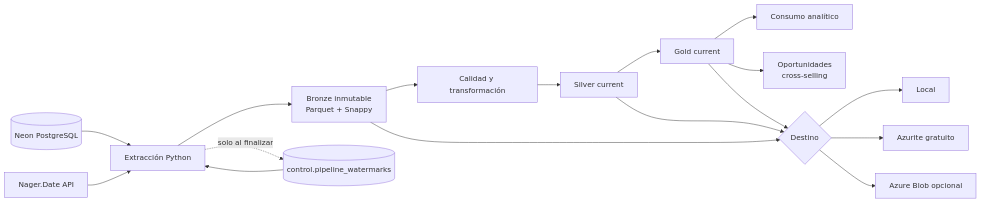
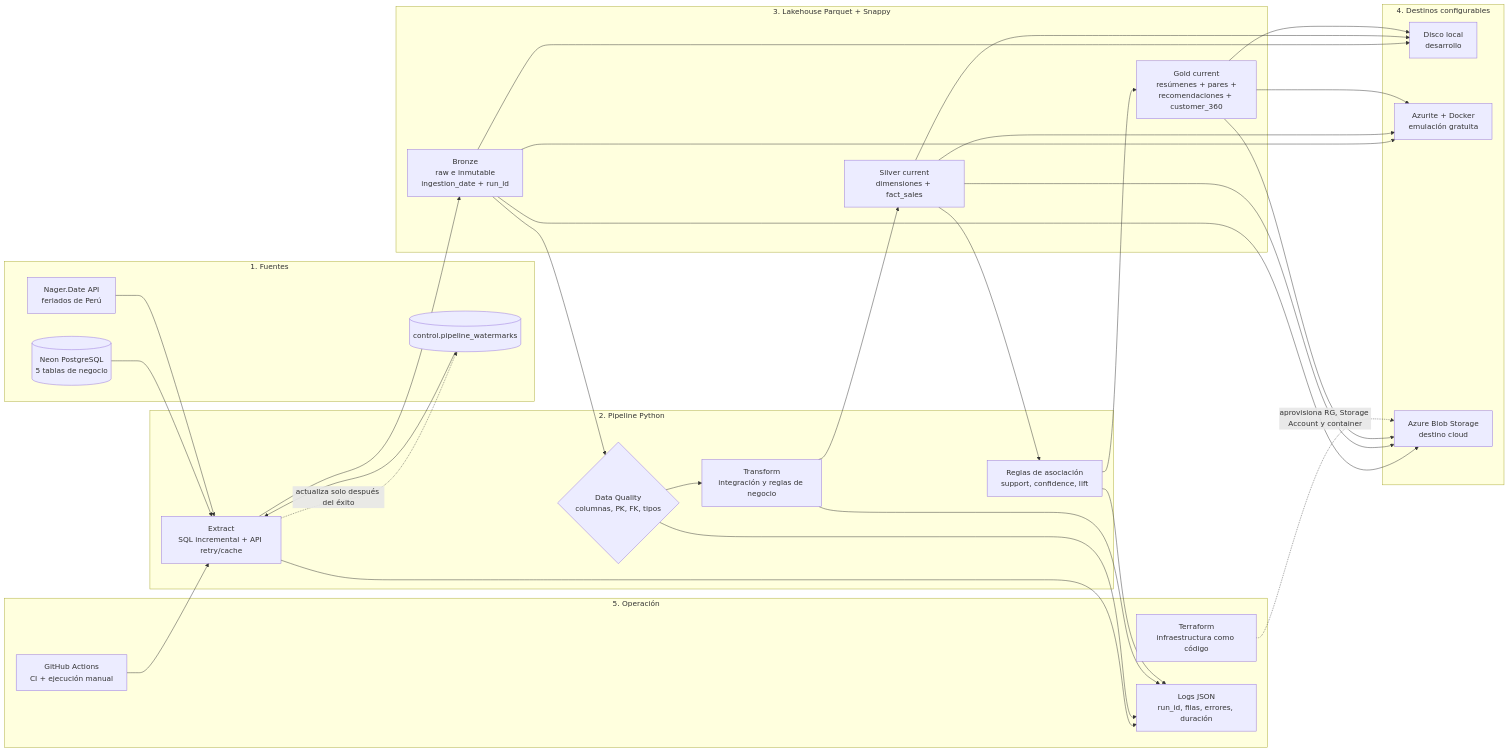
The first of 2 diagrams in architecture/architecture.md (RichardAngeloCotaquispeGuzman/cross-sell-data-platform), drawn with Mermaid before and after one commit. The commit also changed other lines of this file and 48 other files, not shown here.

Commit message:
feat: finalize cross-sell data platform (#1)

````diff
--- a/architecture/architecture.md
+++ b/architecture/architecture.md
@@ -10,17 +17,50 @@
-```mermaid
+~~~mermaid
 flowchart LR
-    N[(Neon PostgreSQL)] --> E[Extracción Python]
-    A[Nager.Date API] --> E
-    W[(control.pipeline_watermarks)] --> E
-    E --> B[Bronze inmutable<br/>Parquet + Snappy]
-    B --> Q[Calidad y transformación]
-    Q --> S[Silver current]
-    S --> G[Gold current]
-    G --> C[Consumo analítico]
-    G --> R[Oportunidades<br/>cross-selling]
-    E -. solo al finalizar .-> W
-    B & S & G --> D{Destino}
-    D --> L[Local]
-    D --> Z[Azurite gratuito]
-    D --> AZ[Azure Blob opcional]
-```
+    subgraph SRC["1. Fuentes"]
+        N[("Neon PostgreSQL<br/>5 tablas de negocio")]
+        A["Nager.Date API<br/>feriados de Perú"]
+        W[("control.pipeline_watermarks")]
+    end
+
+    subgraph PY["2. Pipeline Python"]
+        E["Extract<br/>SQL incremental + API retry/cache"]
+        Q{"Data Quality<br/>columnas, PK, FK, tipos"}
+        T["Transform<br/>integración y reglas de negocio"]
+        R["Reglas de asociación<br/>support, confidence, lift"]
+    end
+
+    subgraph MED["3. Lakehouse Parquet + Snappy"]
+        B["Bronze<br/>raw e inmutable<br/>ingestion_date + run_id"]
+        S["Silver current<br/>dimensiones + fact_sales"]
+        G["Gold current<br/>resúmenes + pares +<br/>recomendaciones + customer_360"]
+    end
+
+    subgraph DST["4. Destinos configurables"]
+        L["Disco local<br/>desarrollo"]
+        Z["Azurite + Docker<br/>emulación gratuita"]
+        AZ["Azure Blob Storage<br/>destino cloud"]
+    end
+
+    subgraph OPS["5. Operación"]
+        GH["GitHub Actions<br/>CI + ejecución manual"]
+        TF["Terraform<br/>infraestructura como código"]
+        LOG["Logs JSON<br/>run_id, filas, errores, duración"]
+    end
+
+    N --> E
+    A --> E
+    W --> E
+    E --> B
+    B --> Q
+    Q --> T
+    T --> S
+    S --> R
+    R --> G
+    E -. "actualiza solo después del éxito" .-> W
+    B & S & G --> L
+    B & S & G --> Z
+    B & S & G --> AZ
+    GH --> E
+    TF -. "aprovisiona RG, Storage Account y container" .-> AZ
+    E & Q & T & R --> LOG
+~~~
````
